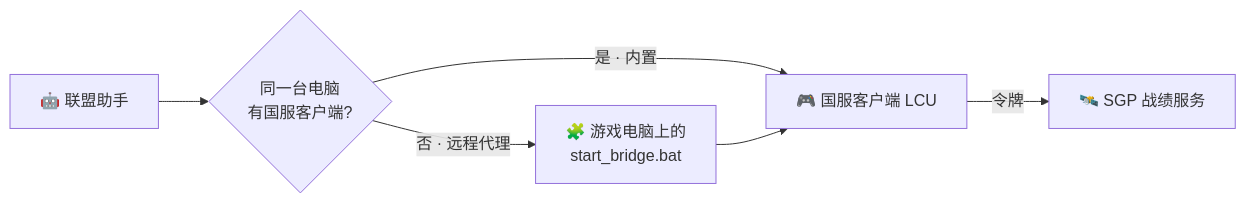
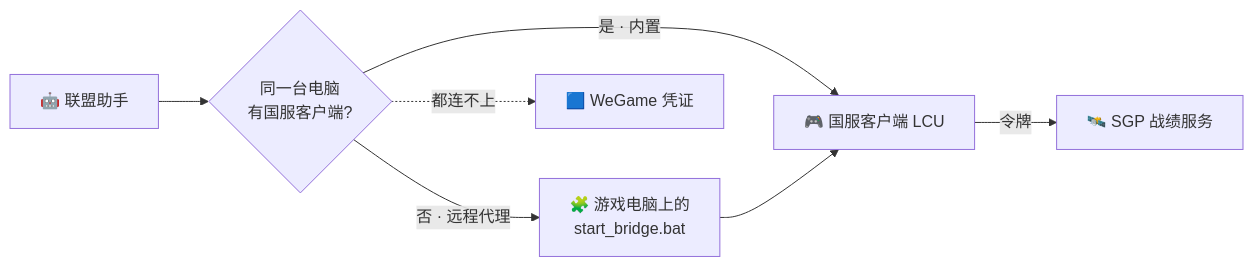
One commit to horizoe10/astrbot_plugin_lolhelper changed the third of 3 diagrams in README.md. Above: the diagram before and after it, drawn with Mermaid. The commit also changed other lines of this file and 10 other files, not shown here.

````diff
--- a/README.md
+++ b/README.md
@@ -118,8 +118,9 @@
 ```mermaid
 flowchart LR
   B[🤖 联盟助手] --> Q{同一台电脑<br/>有国服客户端?}
   Q -->|是 · 内置| L[🎮 国服客户端 LCU]
   Q -->|否 · 远程代理| P[🧩 游戏电脑上的<br/>start_bridge.bat]
+  Q -.->|都连不上| W[🟦 WeGame 凭证]
   P --> L
   L -- 令牌 --> S[🛰️ SGP 战绩服务]
 ```
````
